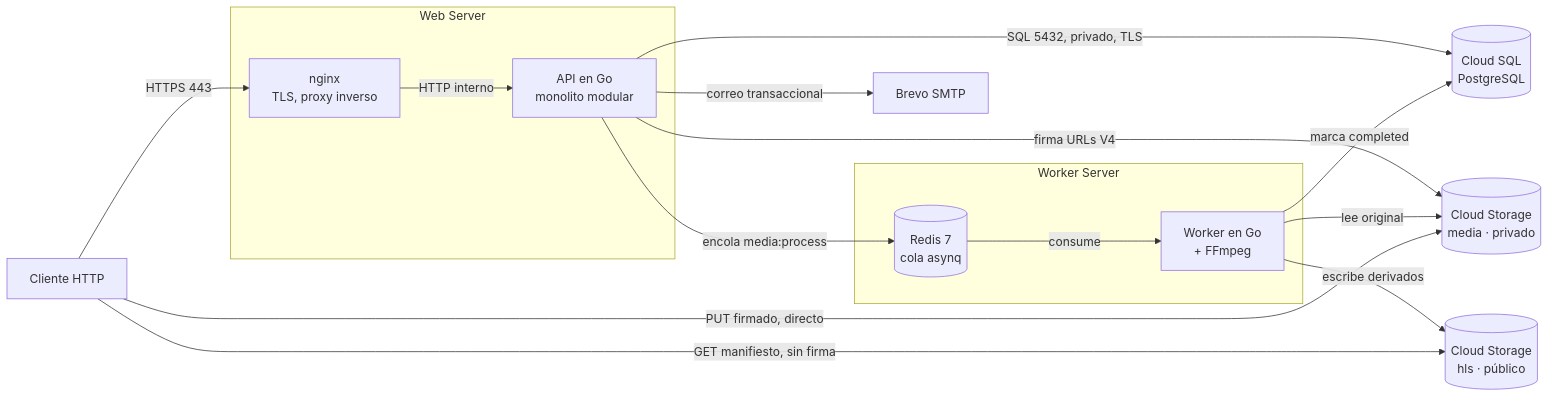
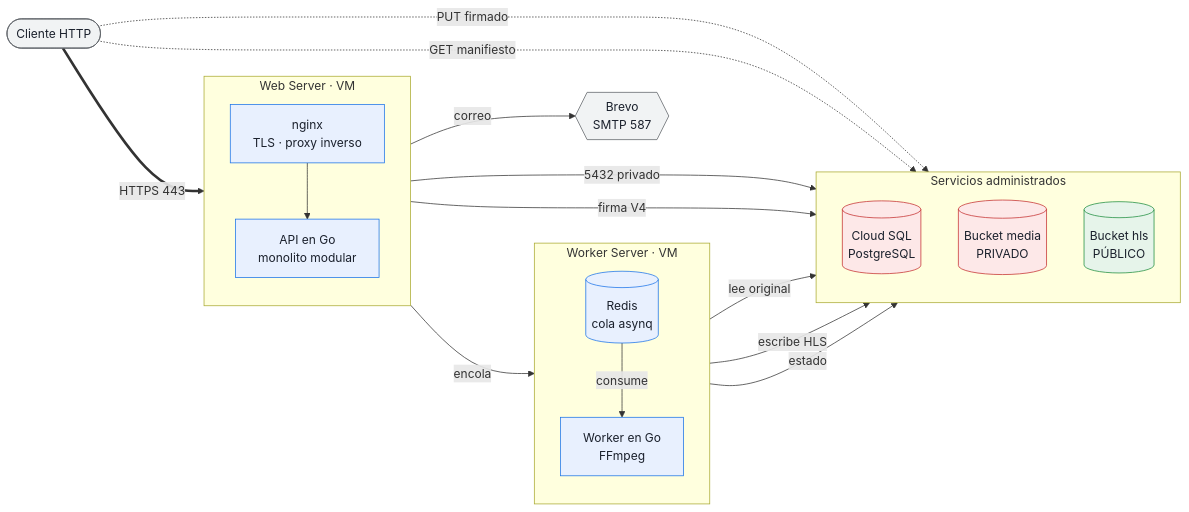
The first of 3 diagrams in docs/entrega2/ARQUITECTURA.md (ISIS4426-2026/Plataforma-MOOC), drawn with Mermaid before and after one commit. The commit also changed other lines of this file and 2 other files, not shown here.

Commit message:
adjust architecture graphs

````diff
--- a/docs/entrega2/ARQUITECTURA.md
+++ b/docs/entrega2/ARQUITECTURA.md
@@ -45,30 +45,47 @@
 ```mermaid
 flowchart LR
-    subgraph web ["Web Server"]
-        proxy["nginx<br/>TLS, proxy inverso"]
+    cliente(["Cliente HTTP"])
+
+    subgraph web ["Web Server · VM"]
+        direction TB
+        proxy["nginx<br/>TLS · proxy inverso"]
         api["API en Go<br/>monolito modular"]
     end
 
-    subgraph worker ["Worker Server"]
-        queue[("Redis 7<br/>cola asynq")]
-        wk["Worker en Go<br/>+ FFmpeg"]
+    subgraph wsrv ["Worker Server · VM"]
+        direction TB
+        queue[("Redis<br/>cola asynq")]
+        wk["Worker en Go<br/>FFmpeg"]
     end
 
-    db[("Cloud SQL<br/>PostgreSQL")]
-    media[("Cloud Storage<br/>media · privado")]
-    hls[("Cloud Storage<br/>hls · público")]
-    smtp["Brevo SMTP"]
+    subgraph adm ["Servicios administrados"]
+        direction TB
+        db[("Cloud SQL<br/>PostgreSQL")]
+        media[("Bucket media<br/>PRIVADO")]
+        hls[("Bucket hls<br/>PÚBLICO")]
+    end
 
-    cliente["Cliente HTTP"] -- "HTTPS 443" --> proxy
-    proxy -- "HTTP interno" --> api
-    api -- "SQL 5432, privado, TLS" --> db
-    api -- "encola media:process" --> queue
-    api -- "firma URLs V4" --> media
-    api -- "correo transaccional" --> smtp
-    queue -- "consume" --> wk
-    wk -- "lee original" --> media
-    wk -- "escribe derivados" --> hls
-    wk -- "marca completed" --> db
-    cliente -- "PUT firmado, directo" --> media
-    cliente -- "GET manifiesto, sin firma" --> hls
+    smtp{{"Brevo<br/>SMTP 587"}}
+
+    cliente ==>|"HTTPS 443"| proxy
+    proxy --> api
+    api -->|"5432 privado"| db
+    api -->|"encola"| queue
+    api -->|"firma V4"| media
+    api -->|"correo"| smtp
+    queue -->|"consume"| wk
+    wk -->|"lee original"| media
+    wk -->|"escribe HLS"| hls
+    wk -->|"estado"| db
+    cliente -.->|"PUT firmado"| media
+    cliente -.->|"GET manifiesto"| hls
+
+    classDef privado fill:#fde8e8,stroke:#c53030,color:#1a202c
+    classDef publico fill:#e6f4ea,stroke:#1e8e3e,color:#1a202c
+    classDef proc fill:#e8f0fe,stroke:#1a73e8,color:#1a202c
+    classDef ext fill:#f1f3f4,stroke:#5f6368,color:#1a202c
+    class media,db privado
+    class hls publico
+    class proxy,api,wk,queue proc
+    class smtp,cliente ext
 ```
````
